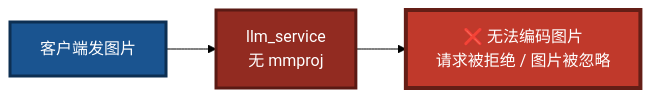
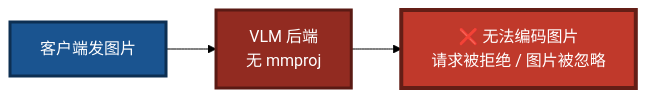
One commit to PassByYou888/LingoFuse-pasAgent-v3 changed the ninth of 16 diagrams in NVIDIA-Nemotron-3-Nano-Omni-30B-A3B-Reasoning-UD-IQ4_XS.md. Above: the diagram before and after it, drawn with Mermaid (forest theme). The commit also changed other lines of this file, not shown here.

````diff
--- a/NVIDIA-Nemotron-3-Nano-Omni-30B-A3B-Reasoning-UD-IQ4_XS.md
+++ b/NVIDIA-Nemotron-3-Nano-Omni-30B-A3B-Reasoning-UD-IQ4_XS.md
@@ -470,9 +496,9 @@
 ```mermaid
 flowchart LR
-    A["客户端发图片"] --> B["llm_service<br/>无 mmproj"]
+    A["客户端发图片"] --> B["VLM 后端<br/>无 mmproj"]
     B --> C["❌ 无法编码图片<br/>请求被拒绝 / 图片被忽略"]
 
     style A fill:#1A5490,stroke:#0D2F52,stroke-width:3px,color:#FFFFFF
     style B fill:#922B21,stroke:#5A1A14,stroke-width:3px,color:#FFFFFF
     style C fill:#C0392B,stroke:#641E16,stroke-width:4px,color:#FFFFFF
 ```
````
